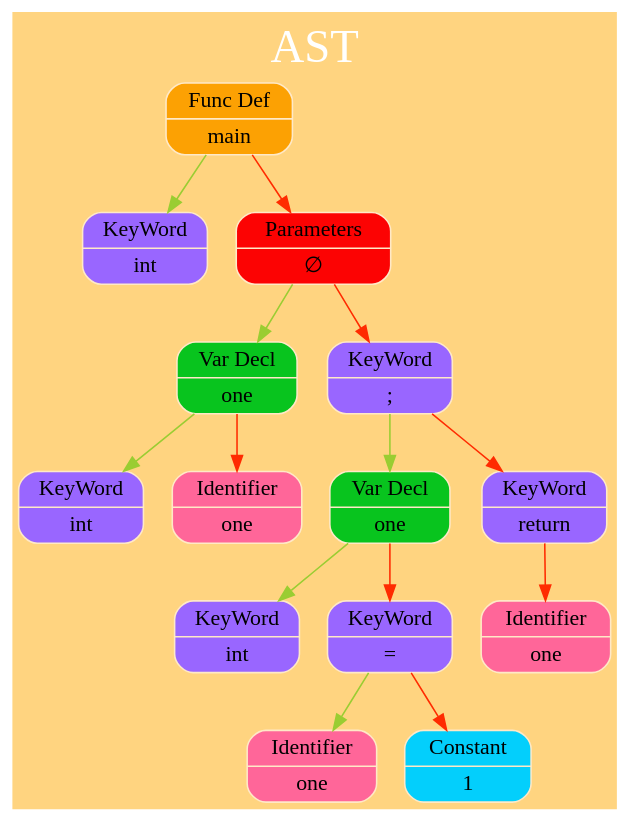
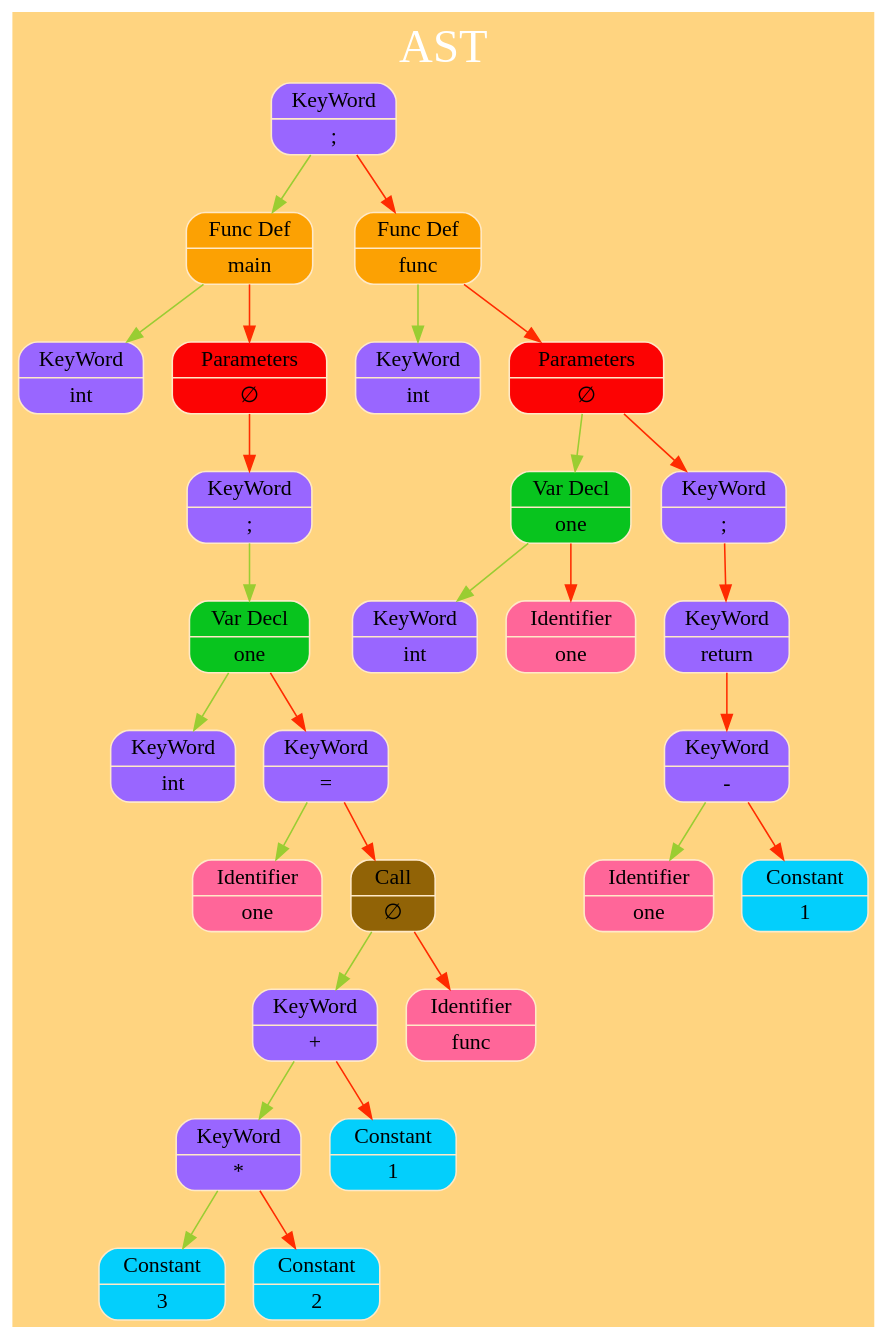
One commit to kand1bober/OOSD-Language changed the diagram in Tree/dump/TreeGraph.dot. Above: the diagram before and after it, drawn with Graphviz. The commit also changed 9 other files, not shown here.

```diff
--- a/Tree/dump/TreeGraph.dot
+++ b/Tree/dump/TreeGraph.dot
@@ -1,25 +1,38 @@
 digraph G
 {
 charset="latin1";
 label="AST";
 labelloc="t";
 fontsize=30
 fontname="Verdana";
 fontcolor="#FFFFFF"
 
 rankdir=TB;size="200,300";bgcolor="#ffd480";
- node_0x504000000310 [shape=record,style="rounded,filled",fillcolor="#fca103",color="#FFE9C7",label=" { { Func Def } | { main } } " ]; node_0x504000000310 -> node_0x5040000002d0 [color = "#9ACD32", arrowsize = 1] ;
- node_0x5040000002d0 [shape=record,style="rounded,filled",fillcolor="#9966FF",color="#FFE9C7",label=" { { KeyWord } | { int } } " ]; node_0x504000000310 -> node_0x504000000350 [color = "#FF2B00", arrowsize = 1] ;
- node_0x504000000350 [shape=record,style="rounded,filled",fillcolor="#fc0303",color="#FFE9C7",label=" { { Parameters } | { &#8709; } } " ]; node_0x504000000350 -> node_0x504000000410 [color = "#9ACD32", arrowsize = 1] ;
- node_0x504000000410 [shape=record,style="rounded,filled",fillcolor="#08c41e",color="#FFE9C7",label=" { { Var Decl } | { one } } " ]; node_0x504000000410 -> node_0x504000000390 [color = "#9ACD32", arrowsize = 1] ;
- node_0x504000000390 [shape=record,style="rounded,filled",fillcolor="#9966FF",color="#FFE9C7",label=" { { KeyWord } | { int } } " ]; node_0x504000000410 -> node_0x5040000003d0 [color = "#FF2B00", arrowsize = 1] ;
- node_0x5040000003d0 [shape=record,style="rounded,filled",fillcolor="#ff6699",color="#FFE9C7",label=" { { Identifier } | { one } } " ]; node_0x504000000350 -> node_0x504000000450 [color = "#FF2B00", arrowsize = 1] ;
- node_0x504000000450 [shape=record,style="rounded,filled",fillcolor="#9966FF",color="#FFE9C7",label=" { { KeyWord } | { &#x3B; } } " ]; node_0x504000000450 -> node_0x504000000510 [color = "#9ACD32", arrowsize = 1] ;
- node_0x504000000510 [shape=record,style="rounded,filled",fillcolor="#08c41e",color="#FFE9C7",label=" { { Var Decl } | { one } } " ]; node_0x504000000510 -> node_0x504000000490 [color = "#9ACD32", arrowsize = 1] ;
- node_0x504000000490 [shape=record,style="rounded,filled",fillcolor="#9966FF",color="#FFE9C7",label=" { { KeyWord } | { int } } " ]; node_0x504000000510 -> node_0x504000000550 [color = "#FF2B00", arrowsize = 1] ;
- node_0x504000000550 [shape=record,style="rounded,filled",fillcolor="#9966FF",color="#FFE9C7",label=" { { KeyWord } | { &#x3D; } } " ]; node_0x504000000550 -> node_0x5040000004d0 [color = "#9ACD32", arrowsize = 1] ;
- node_0x5040000004d0 [shape=record,style="rounded,filled",fillcolor="#ff6699",color="#FFE9C7",label=" { { Identifier } | { one } } " ]; node_0x504000000550 -> node_0x504000000590 [color = "#FF2B00", arrowsize = 1] ;
- node_0x504000000590 [shape=record,style="rounded,filled",fillcolor="#03cffc",color="#FFE9C7",label=" { { Constant } | { 1 } } " ]; node_0x504000000450 -> node_0x5040000005d0 [color = "#FF2B00", arrowsize = 1] ;
- node_0x5040000005d0 [shape=record,style="rounded,filled",fillcolor="#9966FF",color="#FFE9C7",label=" { { KeyWord } | { return } } " ]; node_0x5040000005d0 -> node_0x504000000610 [color = "#FF2B00", arrowsize = 1] ;
- node_0x504000000610 [shape=record,style="rounded,filled",fillcolor="#ff6699",color="#FFE9C7",label=" { { Identifier } | { one } } " ]; 
+ node_0x504000000810 [shape=record,style="rounded,filled",fillcolor="#9966FF",color="#FFE9C7",label=" { { KeyWord } | { &#x3B; } } " ]; node_0x504000000810 -> node_0x504000000490 [color = "#9ACD32", arrowsize = 1] ;
+ node_0x504000000490 [shape=record,style="rounded,filled",fillcolor="#fca103",color="#FFE9C7",label=" { { Func Def } | { main } } " ]; node_0x504000000490 -> node_0x504000000450 [color = "#9ACD32", arrowsize = 1] ;
+ node_0x504000000450 [shape=record,style="rounded,filled",fillcolor="#9966FF",color="#FFE9C7",label=" { { KeyWord } | { int } } " ]; node_0x504000000490 -> node_0x5040000004d0 [color = "#FF2B00", arrowsize = 1] ;
+ node_0x5040000004d0 [shape=record,style="rounded,filled",fillcolor="#fc0303",color="#FFE9C7",label=" { { Parameters } | { &#8709; } } " ]; node_0x5040000004d0 -> node_0x504000000510 [color = "#FF2B00", arrowsize = 1] ;
+ node_0x504000000510 [shape=record,style="rounded,filled",fillcolor="#9966FF",color="#FFE9C7",label=" { { KeyWord } | { &#x3B; } } " ]; node_0x504000000510 -> node_0x5040000005d0 [color = "#9ACD32", arrowsize = 1] ;
+ node_0x5040000005d0 [shape=record,style="rounded,filled",fillcolor="#08c41e",color="#FFE9C7",label=" { { Var Decl } | { one } } " ]; node_0x5040000005d0 -> node_0x504000000550 [color = "#9ACD32", arrowsize = 1] ;
+ node_0x504000000550 [shape=record,style="rounded,filled",fillcolor="#9966FF",color="#FFE9C7",label=" { { KeyWord } | { int } } " ]; node_0x5040000005d0 -> node_0x504000000610 [color = "#FF2B00", arrowsize = 1] ;
+ node_0x504000000610 [shape=record,style="rounded,filled",fillcolor="#9966FF",color="#FFE9C7",label=" { { KeyWord } | { &#x3D; } } " ]; node_0x504000000610 -> node_0x504000000590 [color = "#9ACD32", arrowsize = 1] ;
+ node_0x504000000590 [shape=record,style="rounded,filled",fillcolor="#ff6699",color="#FFE9C7",label=" { { Identifier } | { one } } " ]; node_0x504000000610 -> node_0x504000000690 [color = "#FF2B00", arrowsize = 1] ;
+ node_0x504000000690 [shape=record,style="rounded,filled",fillcolor="#916306",color="#FFE9C7",label=" { { Call } | { &#8709; } } " ]; node_0x504000000690 -> node_0x504000000790 [color = "#9ACD32", arrowsize = 1] ;
+ node_0x504000000790 [shape=record,style="rounded,filled",fillcolor="#9966FF",color="#FFE9C7",label=" { { KeyWord } | { &#x2B; } } " ]; node_0x504000000790 -> node_0x504000000710 [color = "#9ACD32", arrowsize = 1] ;
+ node_0x504000000710 [shape=record,style="rounded,filled",fillcolor="#9966FF",color="#FFE9C7",label=" { { KeyWord } | { &#x2A; } } " ]; node_0x504000000710 -> node_0x5040000006d0 [color = "#9ACD32", arrowsize = 1] ;
+ node_0x5040000006d0 [shape=record,style="rounded,filled",fillcolor="#03cffc",color="#FFE9C7",label=" { { Constant } | { 3 } } " ]; node_0x504000000710 -> node_0x504000000750 [color = "#FF2B00", arrowsize = 1] ;
+ node_0x504000000750 [shape=record,style="rounded,filled",fillcolor="#03cffc",color="#FFE9C7",label=" { { Constant } | { 2 } } " ]; node_0x504000000790 -> node_0x5040000007d0 [color = "#FF2B00", arrowsize = 1] ;
+ node_0x5040000007d0 [shape=record,style="rounded,filled",fillcolor="#03cffc",color="#FFE9C7",label=" { { Constant } | { 1 } } " ]; node_0x504000000690 -> node_0x504000000650 [color = "#FF2B00", arrowsize = 1] ;
+ node_0x504000000650 [shape=record,style="rounded,filled",fillcolor="#ff6699",color="#FFE9C7",label=" { { Identifier } | { func } } " ]; node_0x504000000810 -> node_0x504000000890 [color = "#FF2B00", arrowsize = 1] ;
+ node_0x504000000890 [shape=record,style="rounded,filled",fillcolor="#fca103",color="#FFE9C7",label=" { { Func Def } | { func } } " ]; node_0x504000000890 -> node_0x504000000850 [color = "#9ACD32", arrowsize = 1] ;
+ node_0x504000000850 [shape=record,style="rounded,filled",fillcolor="#9966FF",color="#FFE9C7",label=" { { KeyWord } | { int } } " ]; node_0x504000000890 -> node_0x5040000008d0 [color = "#FF2B00", arrowsize = 1] ;
+ node_0x5040000008d0 [shape=record,style="rounded,filled",fillcolor="#fc0303",color="#FFE9C7",label=" { { Parameters } | { &#8709; } } " ]; node_0x5040000008d0 -> node_0x504000000990 [color = "#9ACD32", arrowsize = 1] ;
+ node_0x504000000990 [shape=record,style="rounded,filled",fillcolor="#08c41e",color="#FFE9C7",label=" { { Var Decl } | { one } } " ]; node_0x504000000990 -> node_0x504000000910 [color = "#9ACD32", arrowsize = 1] ;
+ node_0x504000000910 [shape=record,style="rounded,filled",fillcolor="#9966FF",color="#FFE9C7",label=" { { KeyWord } | { int } } " ]; node_0x504000000990 -> node_0x504000000950 [color = "#FF2B00", arrowsize = 1] ;
+ node_0x504000000950 [shape=record,style="rounded,filled",fillcolor="#ff6699",color="#FFE9C7",label=" { { Identifier } | { one } } " ]; node_0x5040000008d0 -> node_0x5040000009d0 [color = "#FF2B00", arrowsize = 1] ;
+ node_0x5040000009d0 [shape=record,style="rounded,filled",fillcolor="#9966FF",color="#FFE9C7",label=" { { KeyWord } | { &#x3B; } } " ]; node_0x5040000009d0 -> node_0x504000000a10 [color = "#FF2B00", arrowsize = 1] ;
+ node_0x504000000a10 [shape=record,style="rounded,filled",fillcolor="#9966FF",color="#FFE9C7",label=" { { KeyWord } | { return } } " ]; node_0x504000000a10 -> node_0x504000000a90 [color = "#FF2B00", arrowsize = 1] ;
+ node_0x504000000a90 [shape=record,style="rounded,filled",fillcolor="#9966FF",color="#FFE9C7",label=" { { KeyWord } | { &#x2D; } } " ]; node_0x504000000a90 -> node_0x504000000a50 [color = "#9ACD32", arrowsize = 1] ;
+ node_0x504000000a50 [shape=record,style="rounded,filled",fillcolor="#ff6699",color="#FFE9C7",label=" { { Identifier } | { one } } " ]; node_0x504000000a90 -> node_0x504000000ad0 [color = "#FF2B00", arrowsize = 1] ;
+ node_0x504000000ad0 [shape=record,style="rounded,filled",fillcolor="#03cffc",color="#FFE9C7",label=" { { Constant } | { 1 } } " ]; 
 }
```
